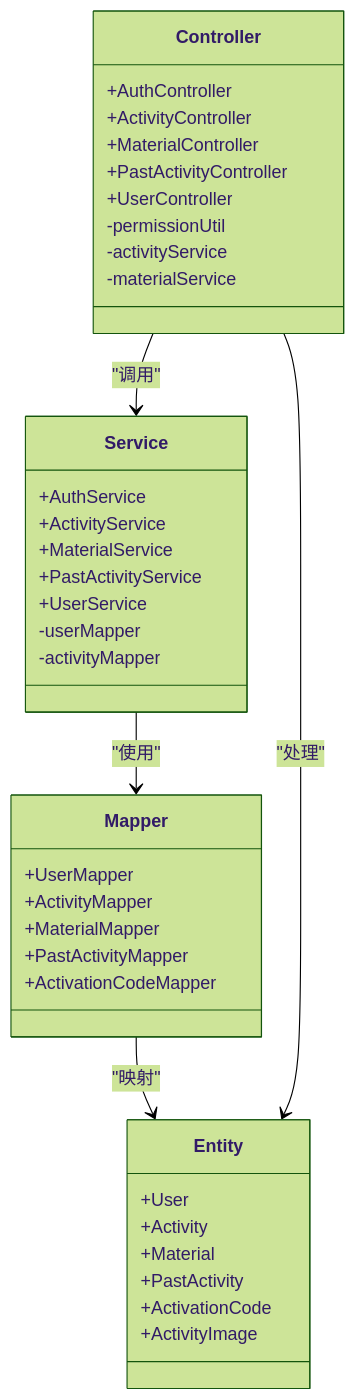
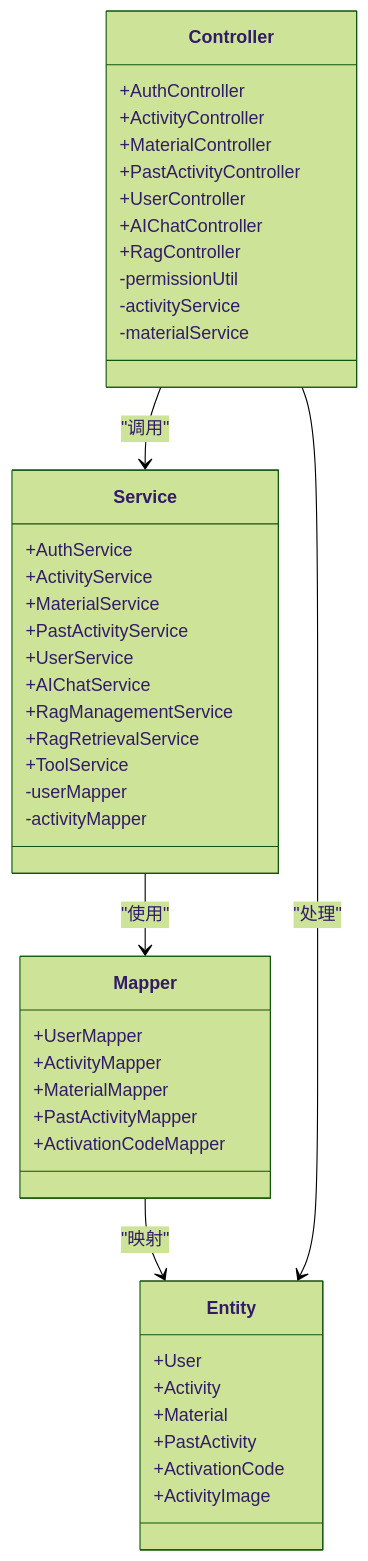
One commit to Redmoon-2333/HumanResourceOfficial changed the second of 14 diagrams in .qoder/repowiki/zh/content/项目概述.md. Above: the diagram before and after it, drawn with Mermaid (forest theme). The commit also changed other lines of this file and 17 other files, not shown here.

````diff
--- a/.qoder/repowiki/zh/content/项目概述.md
+++ b/.qoder/repowiki/zh/content/项目概述.md
@@ -105,41 +135,47 @@
 ```mermaid
 classDiagram
 class Controller {
 +AuthController
 +ActivityController
 +MaterialController
 +PastActivityController
 +UserController
++AIChatController
++RagController
 -permissionUtil
 -activityService
 -materialService
 }
 class Service {
 +AuthService
 +ActivityService
 +MaterialService
 +PastActivityService
 +UserService
++AIChatService
++RagManagementService
++RagRetrievalService
++ToolService
 -userMapper
 -activityMapper
 }
 class Entity {
 +User
 +Activity
 +Material
 +PastActivity
 +ActivationCode
 +ActivityImage
 }
 class Mapper {
 +UserMapper
 +ActivityMapper
 +MaterialMapper
 +PastActivityMapper
 +ActivationCodeMapper
 }
 Controller --> Service : "调用"
 Service --> Mapper : "使用"
 Mapper --> Entity : "映射"
 Controller --> Entity : "处理"
 ```
````
